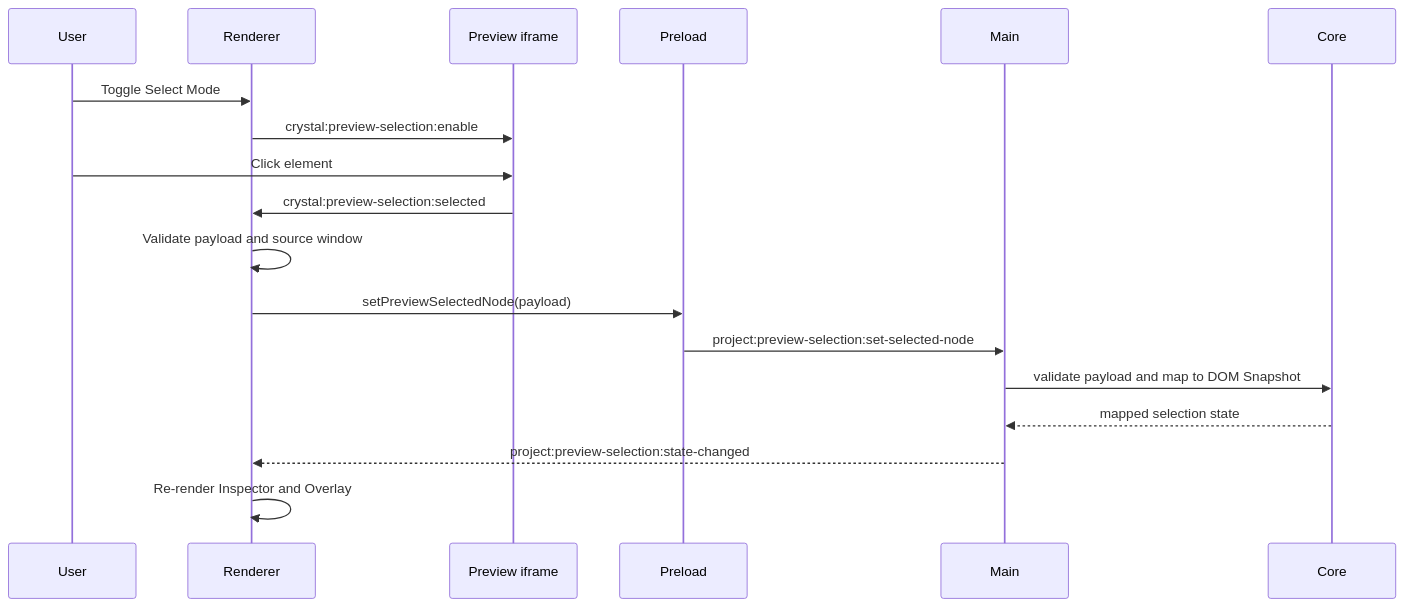
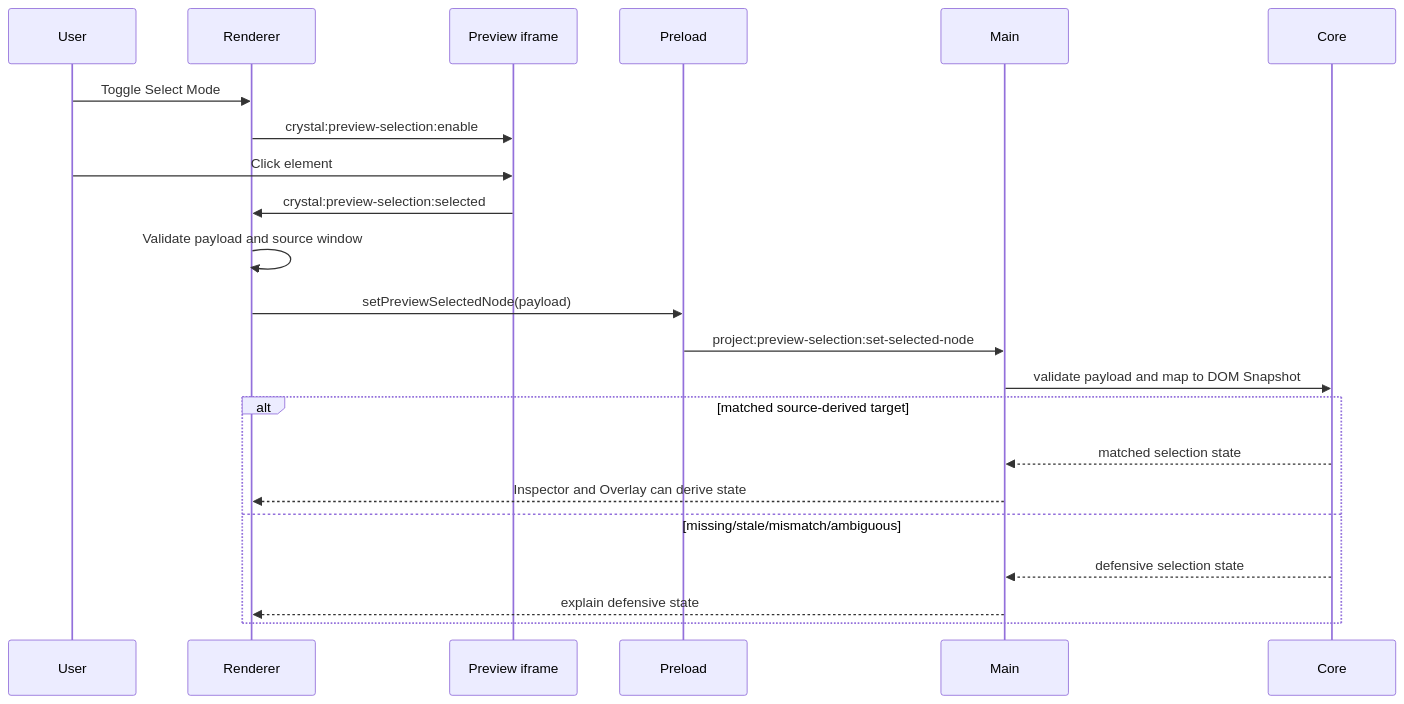
The diagram in docs/architecture/diagrams/preview-selection-sequence.md (krestosa/Crystal), drawn with Mermaid before and after one commit. The commit also changed other lines of this file and 21 other files, not shown here.

Commit message:
Add richer architecture diagrams and state flows

````diff
--- a/docs/architecture/diagrams/preview-selection-sequence.md
+++ b/docs/architecture/diagrams/preview-selection-sequence.md
@@ -13,21 +54,25 @@
 ```mermaid
 sequenceDiagram
   participant User
   participant Renderer
   participant Iframe as Preview iframe
   participant Preload
   participant Main
   participant Core
 
   User->>Renderer: Toggle Select Mode
   Renderer->>Iframe: crystal:preview-selection:enable
   User->>Iframe: Click element
   Iframe->>Renderer: crystal:preview-selection:selected
   Renderer->>Renderer: Validate payload and source window
   Renderer->>Preload: setPreviewSelectedNode(payload)
   Preload->>Main: project:preview-selection:set-selected-node
   Main->>Core: validate payload and map to DOM Snapshot
-  Core-->>Main: mapped selection state
-  Main-->>Renderer: project:preview-selection:state-changed
-  Renderer->>Renderer: Re-render Inspector and Overlay
+  alt matched source-derived target
+    Core-->>Main: matched selection state
+    Main-->>Renderer: Inspector and Overlay can derive state
+  else missing/stale/mismatch/ambiguous
+    Core-->>Main: defensive selection state
+    Main-->>Renderer: explain defensive state
+  end
 ```
````
